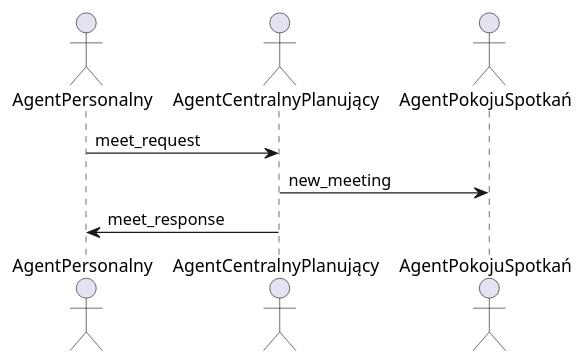
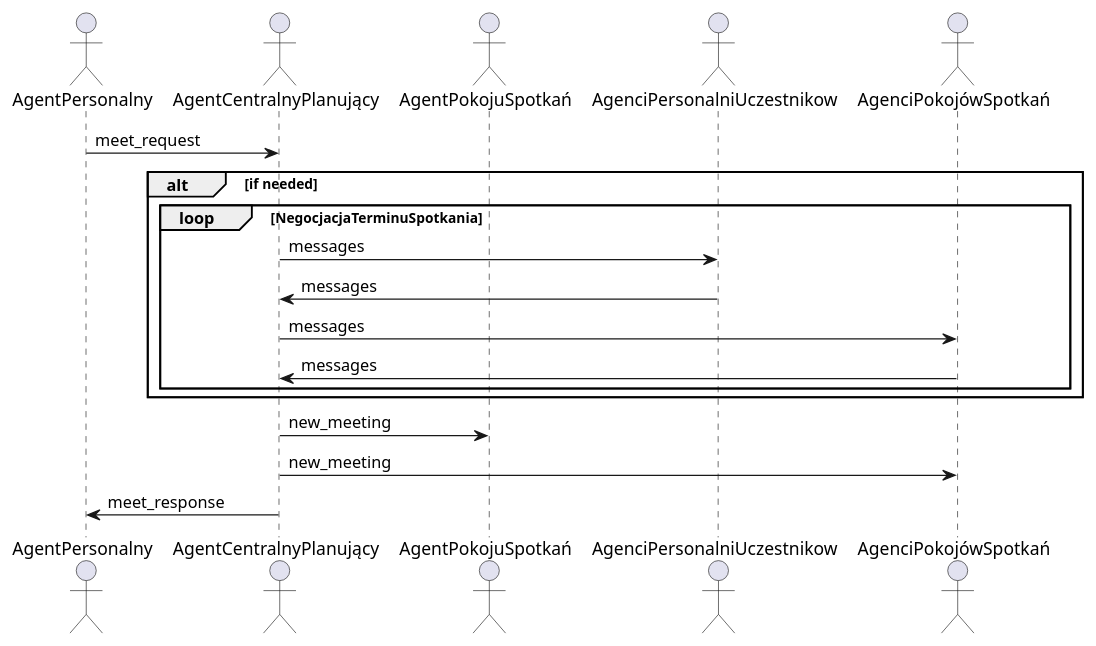
Before and after one commit to michalMilewski-8/SmartBuilding_Agent_MiNI_Project: the diagram in project_description/diagrams_src/UmawianieSpotkania.puml, drawn with PlantUML. The commit also changed 1 other file, not shown here.

Commit message:
Fix UmawianieSpotkania protocol

```diff
--- a/project_description/diagrams_src/UmawianieSpotkania.puml
+++ b/project_description/diagrams_src/UmawianieSpotkania.puml
@@ -1,9 +1,20 @@
 @startuml
 actor AgentPersonalny
 actor AgentCentralnyPlanujący
 actor AgentPokojuSpotkań
+actor AgenciPersonalniUczestnikow
+actor AgenciPokojówSpotkań
 
 AgentPersonalny -> AgentCentralnyPlanujący : meet_request
+alt if needed
+	loop NegocjacjaTerminuSpotkania
+		AgentCentralnyPlanujący -> AgenciPersonalniUczestnikow : messages
+		AgenciPersonalniUczestnikow -> AgentCentralnyPlanujący : messages
+		AgentCentralnyPlanujący -> AgenciPokojówSpotkań : messages
+		AgenciPokojówSpotkań -> AgentCentralnyPlanujący : messages
+	end
+end
 AgentCentralnyPlanujący -> AgentPokojuSpotkań : new_meeting
+AgentCentralnyPlanujący -> AgenciPokojówSpotkań : new_meeting
 AgentCentralnyPlanujący -> AgentPersonalny : meet_response
 @enduml
```
